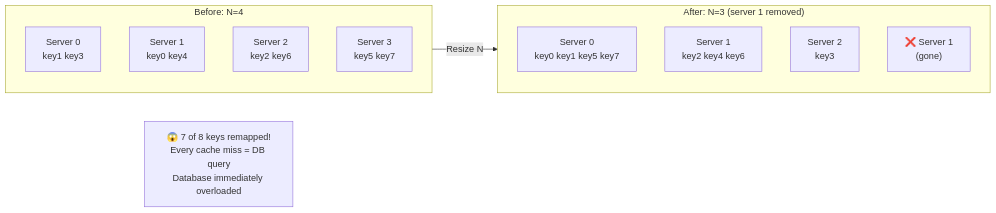
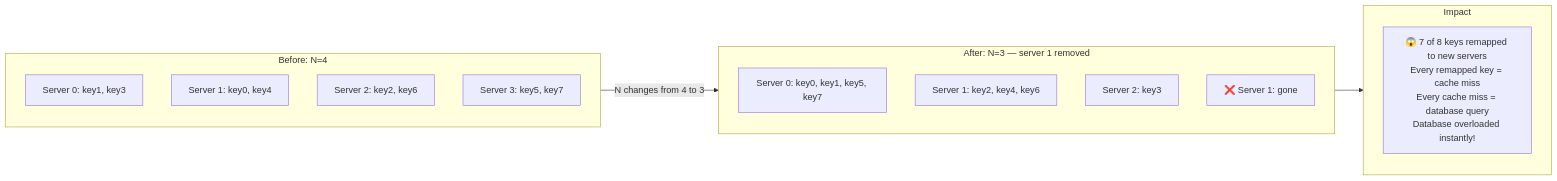
Before and after one commit to devops-monk/system-design-blog: the second of 23 diagrams in content/posts/2026/design-consistent-hashing.md, drawn with Mermaid. The commit also changed other lines of this file, not shown here.

First line of the commit message:
fix: repair Mermaid syntax errors in consistent hashing article

````diff
--- a/content/posts/2026/design-consistent-hashing.md
+++ b/content/posts/2026/design-consistent-hashing.md
@@ -76,22 +76,25 @@
 ```mermaid
 flowchart LR
     subgraph BEFORE["Before: N=4"]
         direction TB
-        B0["Server 0\nkey1 key3"]
-        B1["Server 1\nkey0 key4"]
-        B2["Server 2\nkey2 key6"]
-        B3["Server 3\nkey5 key7"]
+        B0["Server 0: key1, key3"]
+        B1["Server 1: key0, key4"]
+        B2["Server 2: key2, key6"]
+        B3["Server 3: key5, key7"]
     end
 
-    subgraph AFTER["After: N=3 (server 1 removed)"]
+    subgraph AFTER["After: N=3 — server 1 removed"]
         direction TB
-        A0["Server 0\nkey0 key1 key5 key7"]
-        A1["Server 1\nkey2 key4 key6"]
-        A2["Server 2\nkey3"]
-        A3["❌ Server 1\n(gone)"]
+        A0["Server 0: key0, key1, key5, key7"]
+        A1["Server 1: key2, key4, key6"]
+        A2["Server 2: key3"]
+        A3["❌ Server 1: gone"]
     end
 
-    BEFORE -->|"Resize N"| AFTER
+    subgraph IMPACT["Impact"]
+        NOTE["😱 7 of 8 keys remapped to new servers\nEvery remapped key = cache miss\nEvery cache miss = database query\nDatabase overloaded instantly!"]
+    end
 
-    NOTE["😱 7 of 8 keys remapped!\nEvery cache miss = DB query\nDatabase immediately overloaded"]
+    BEFORE -->|"N changes from 4 to 3"| AFTER
+    AFTER --> IMPACT
 ```
````
